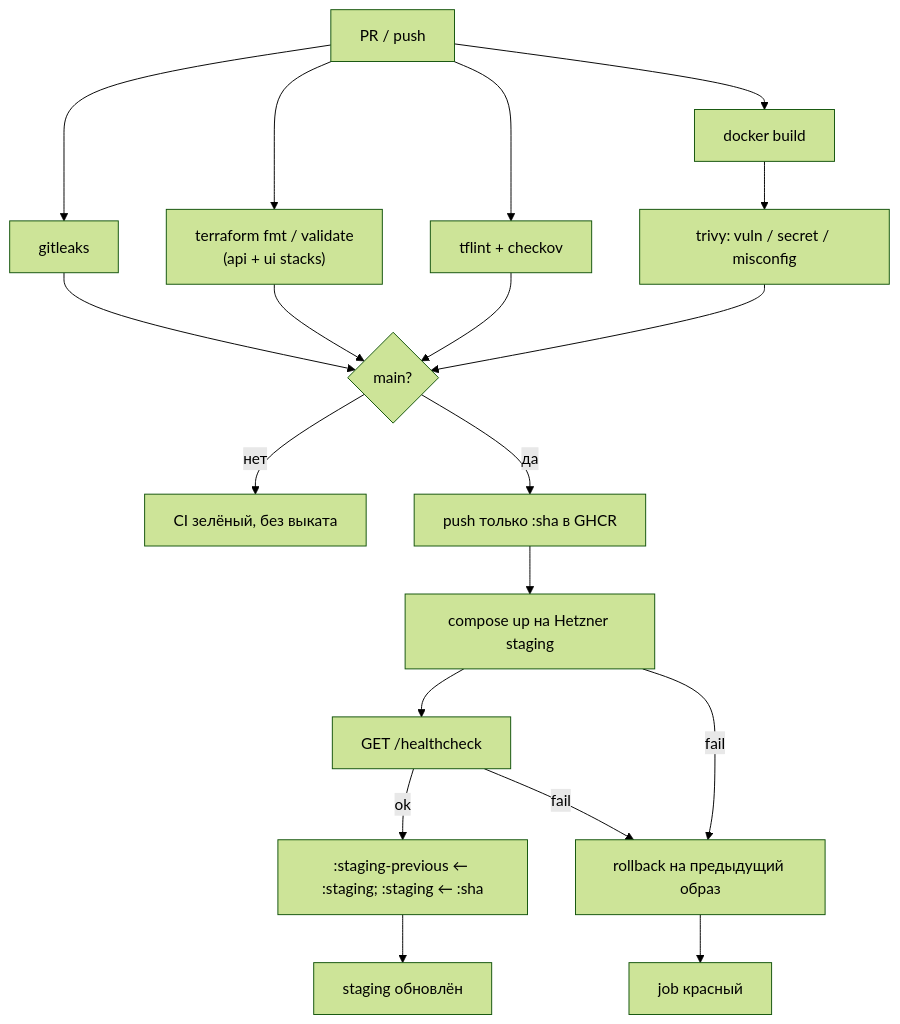
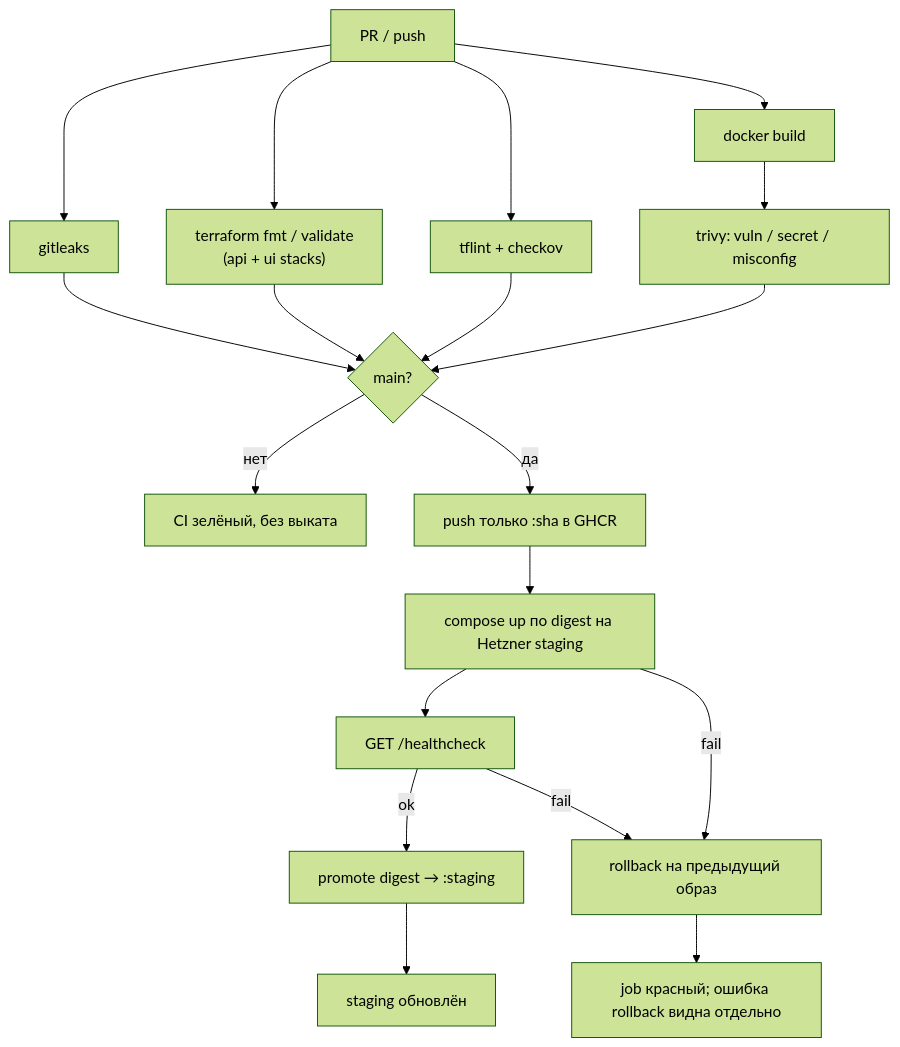
One commit to larchanka-training/dmc-268-api-t6 changed the diagram in docs/CICD.md. Above: the diagram before and after it, drawn with Mermaid (forest theme). The commit also changed other lines of this file and 5 other files, not shown here.

First line of the commit message:
Deploy staging by image digest and promote only after health check.

````diff
--- a/docs/CICD.md
+++ b/docs/CICD.md
@@ -15,21 +15,21 @@
 ```mermaid
 flowchart TD
   pr["PR / push"] --> secrets["gitleaks"]
   pr --> tf["terraform fmt / validate\n(api + ui stacks)"]
   pr --> lint["tflint + checkov"]
   pr --> build["docker build"]
   build --> scan["trivy: vuln / secret / misconfig"]
   secrets --> gate{"main?"}
   tf --> gate
   lint --> gate
   scan --> gate
   gate -->|нет| stop["CI зелёный, без выката"]
   gate -->|да| push["push только :sha в GHCR"]
-  push --> deploy["compose up на Hetzner staging"]
+  push --> deploy["compose up по digest на Hetzner staging"]
   deploy --> health["GET /healthcheck"]
-  health -->|ok| promote[":staging-previous ← :staging; :staging ← :sha"]
+  health -->|ok| promote["promote digest → :staging"]
   promote --> done["staging обновлён"]
   health -->|fail| rb["rollback на предыдущий образ"]
   deploy -->|fail| rb
-  rb --> fail["job красный"]
+  rb --> fail["job красный; ошибка rollback видна отдельно"]
 ```
````
